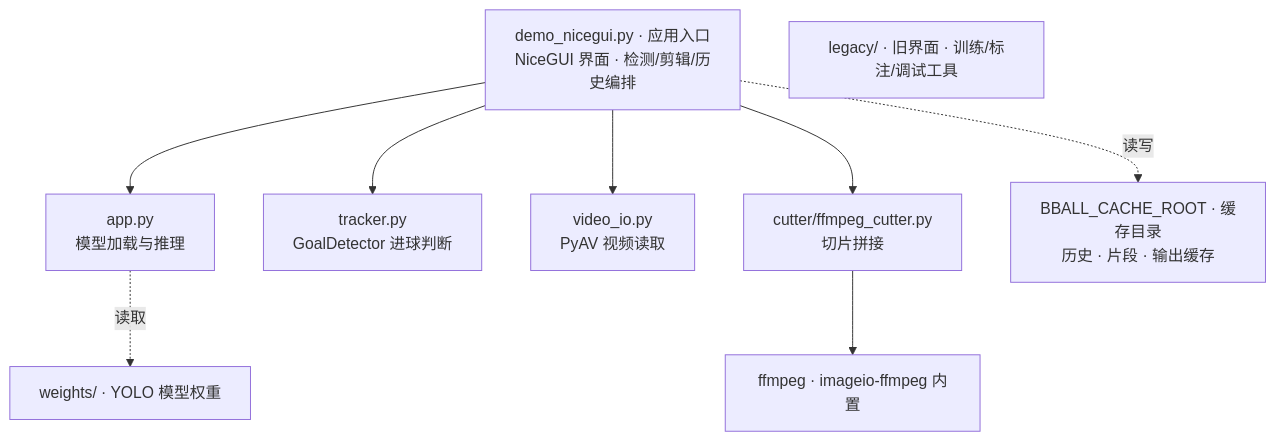
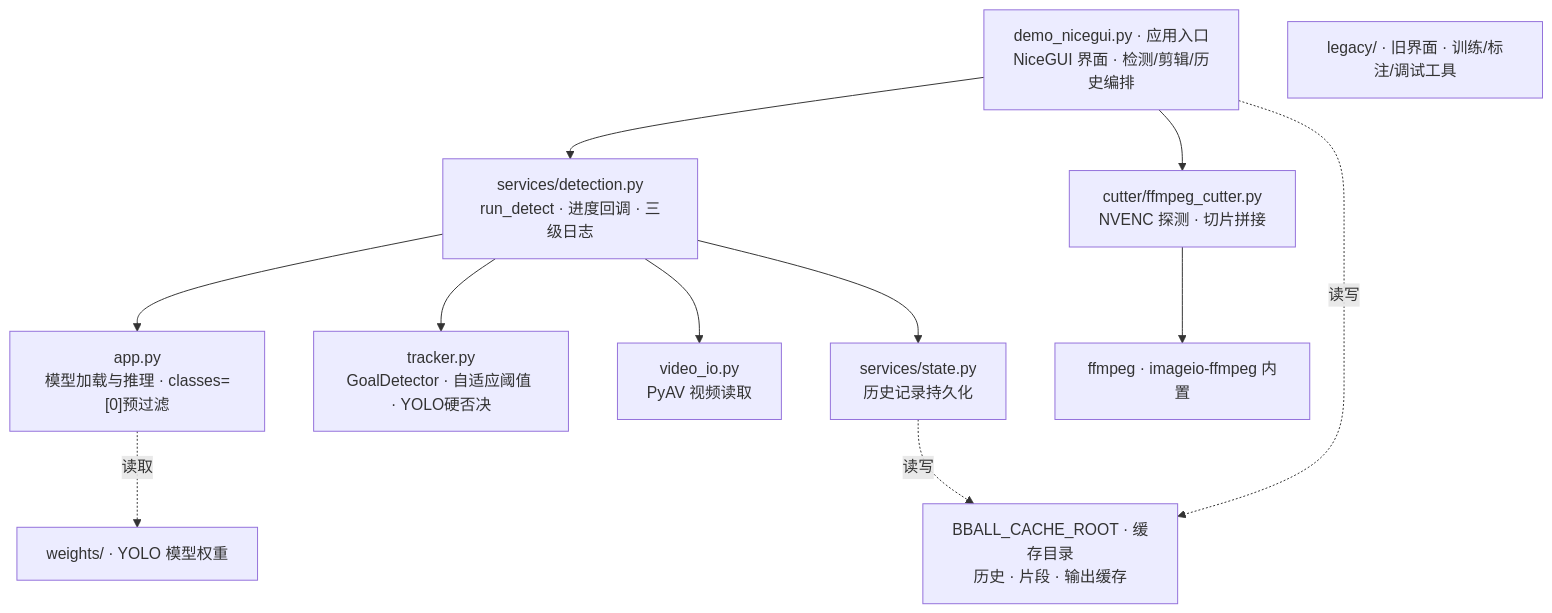
One commit to DTQEight/basketball-clipper changed the diagram in README.md. Above: the diagram before and after it, drawn with Mermaid. The commit also changed other lines of this file and 6 other files, not shown here.

First line of the commit message:
feat: 性能优化(v1.4) · imgsz 960 · 跳帧提速模式开关 · classes=[0]预过滤 · OpenCV优化 · YOLO硬否决 · 自适应阈值 · NVENC自动探测 · 三级调试日志 · 新增services模块

````diff
--- a/README.md
+++ b/README.md
@@ -89,20 +112,25 @@
 ```mermaid
 flowchart TD
     UI["demo_nicegui.py · 应用入口<br/>NiceGUI 界面 · 检测/剪辑/历史编排"]
-    App["app.py<br/>模型加载与推理"]
-    TR["tracker.py<br/>GoalDetector 进球判断"]
+    DS["services/detection.py<br/>run_detect · 进度回调 · 三级日志"]
+    App["app.py<br/>模型加载与推理 · classes=[0]预过滤"]
+    TR["tracker.py<br/>GoalDetector · 自适应阈值 · YOLO硬否决"]
     VI["video_io.py<br/>PyAV 视频读取"]
-    CU["cutter/ffmpeg_cutter.py<br/>切片拼接"]
+    ST["services/state.py<br/>历史记录持久化"]
+    CU["cutter/ffmpeg_cutter.py<br/>NVENC 探测 · 切片拼接"]
     W["weights/ · YOLO 模型权重"]
     CACHE["BBALL_CACHE_ROOT · 缓存目录<br/>历史 · 片段 · 输出缓存"]
     FF["ffmpeg · imageio-ffmpeg 内置"]
     LG["legacy/ · 旧界面 · 训练/标注/调试工具"]
 
-    UI --> App
-    UI --> TR
-    UI --> VI
+    UI --> DS
+    DS --> App
+    DS --> TR
+    DS --> VI
+    DS --> ST
     UI --> CU
     App -. 读取 .-> W
     UI -. 读写 .-> CACHE
+    ST -. 读写 .-> CACHE
     CU --> FF
 ```
````
